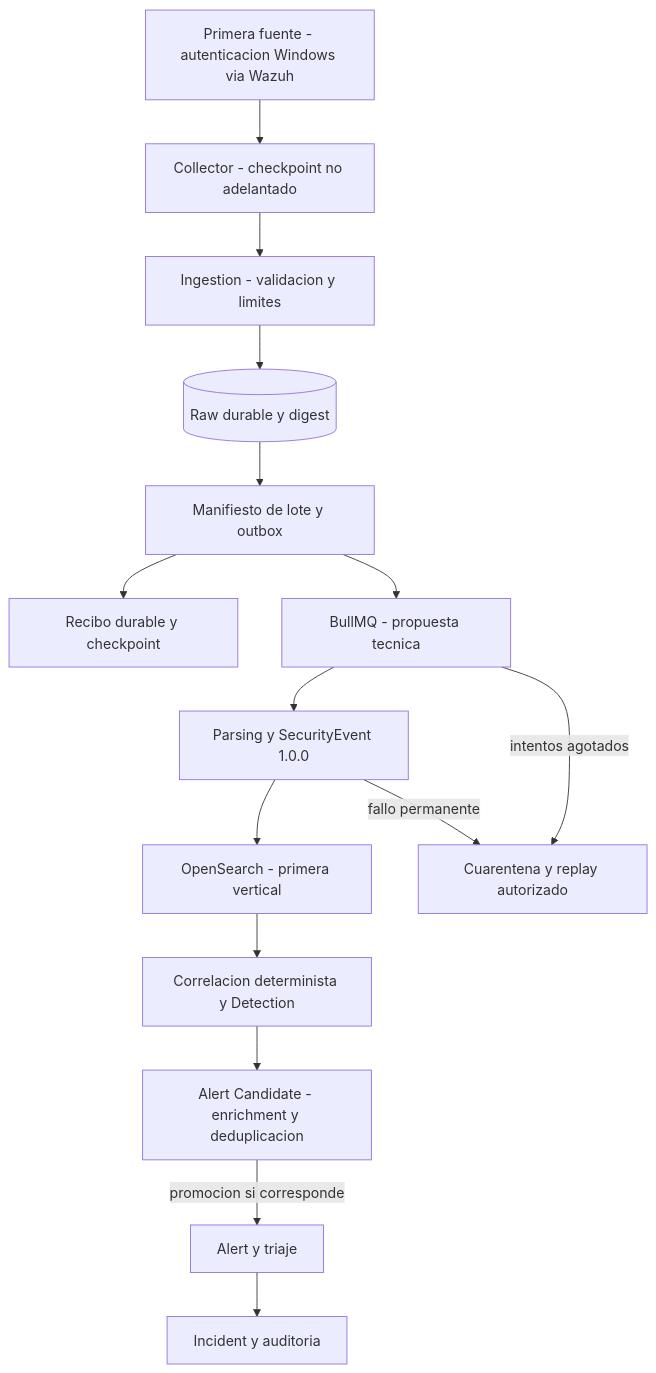
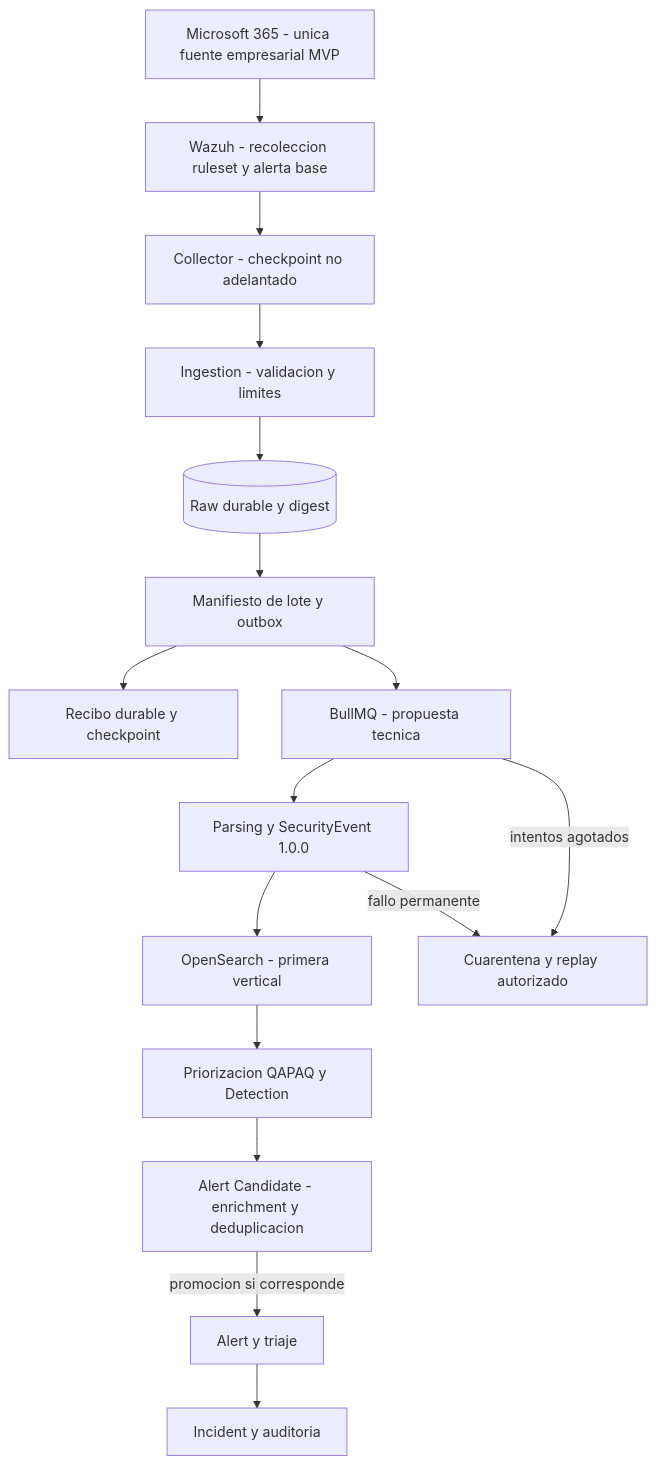
The diagram in docs/diagrams/04-ingestion.mmd (CyberStill-GmbH/qapaq-secops), drawn with Mermaid before and after one commit. The commit also changed 22 other files, not shown here.

```diff
--- a/docs/diagrams/04-ingestion.mmd
+++ b/docs/diagrams/04-ingestion.mmd
@@ -1,21 +1,22 @@
 flowchart TB
-    SOURCE["Primera fuente - autenticacion Windows via Wazuh"]
+    SOURCE["Microsoft 365 - unica fuente empresarial MVP"]
+    WAZUH["Wazuh - recoleccion ruleset y alerta base"]
     COL["Collector - checkpoint no adelantado"]
     ING["Ingestion - validacion y limites"]
     RAW[("Raw durable y digest")]
     MAN["Manifiesto de lote y outbox"]
     ACK["Recibo durable y checkpoint"]
     QUEUE["BullMQ - propuesta tecnica"]
     NORM["Parsing y SecurityEvent 1.0.0"]
     IDX["OpenSearch - primera vertical"]
-    ANA["Correlacion determinista y Detection"]
+    ANA["Priorizacion QAPAQ y Detection"]
     CAND["Alert Candidate - enrichment y deduplicacion"]
     ALERT["Alert y triaje"]
     SOC["Incident y auditoria"]
     BAD["Cuarentena y replay autorizado"]
-    SOURCE --> COL --> ING --> RAW --> MAN
+    SOURCE --> WAZUH --> COL --> ING --> RAW --> MAN
     MAN --> ACK
     MAN --> QUEUE --> NORM --> IDX --> ANA --> CAND
     CAND -->|promocion si corresponde| ALERT --> SOC
     NORM -->|fallo permanente| BAD
     QUEUE -->|intentos agotados| BAD
```
